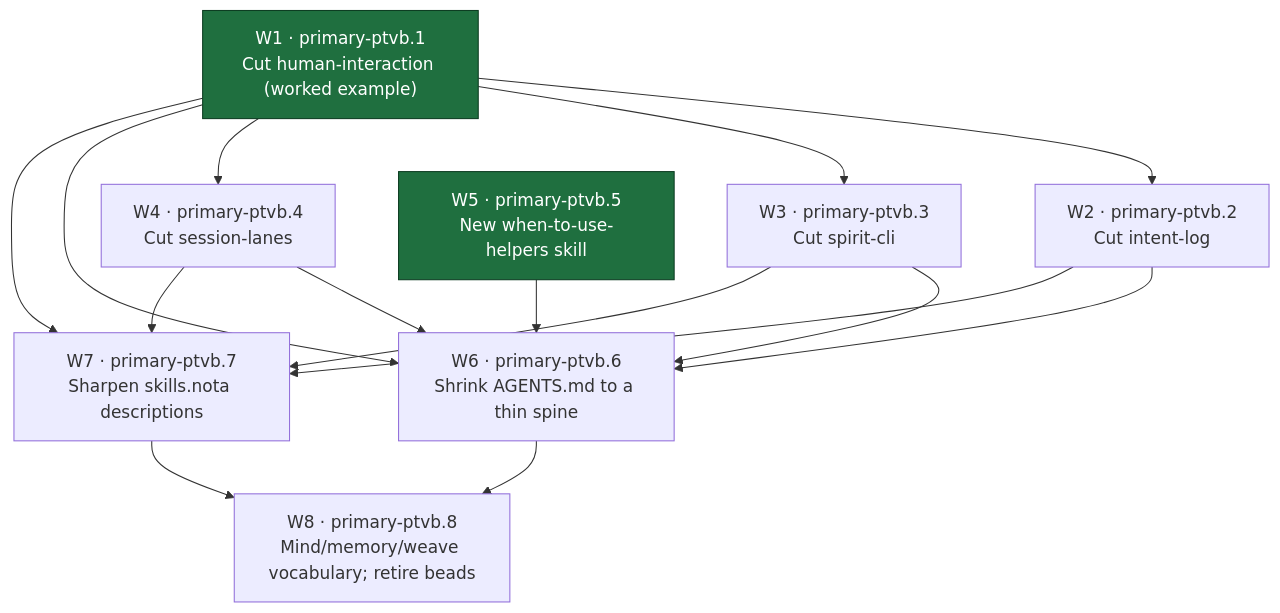
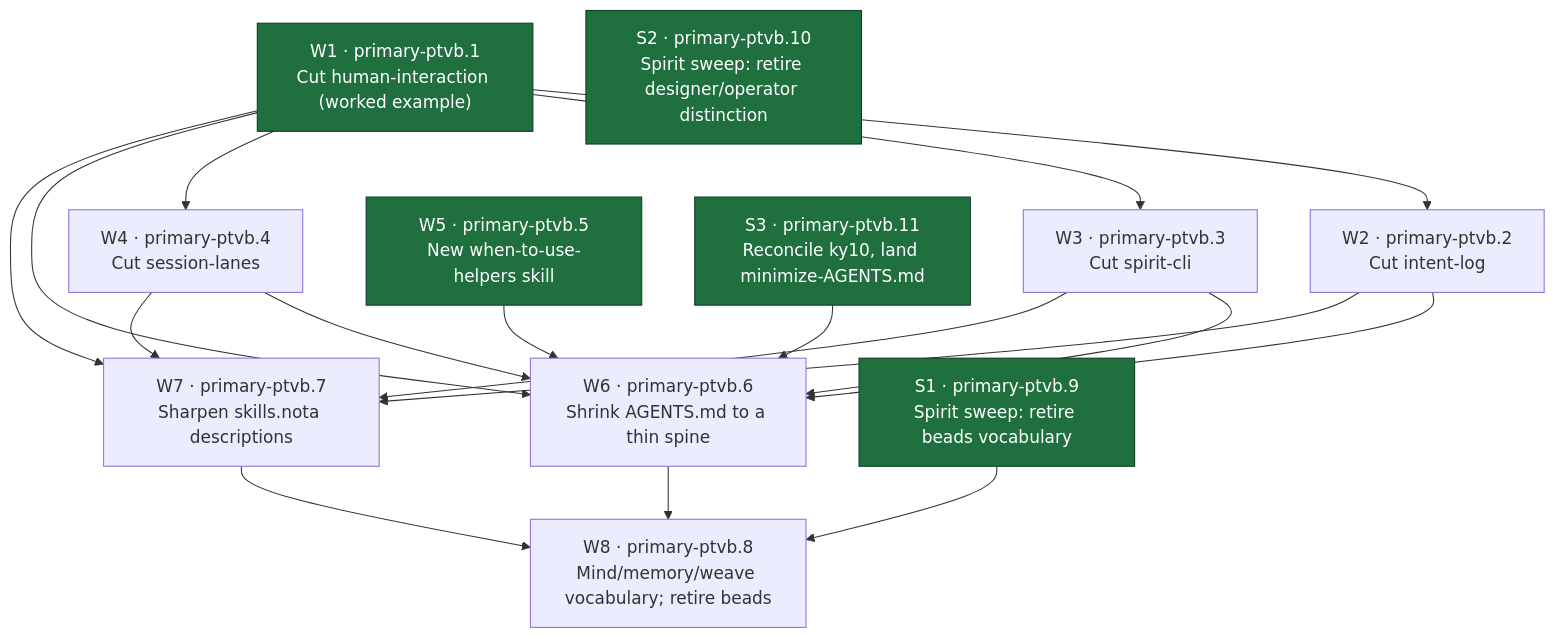
One commit to LiGoldragon/primary changed the diagram in reports/preciousMainContext/4-weave.md. Above: the diagram before and after it, drawn with Mermaid. The commit also changed other lines of this file, not shown here.

Commit message:
preciousMainContext: wire sweep memories S1/S2/S3 into the weave report

````diff
--- a/reports/preciousMainContext/4-weave.md
+++ b/reports/preciousMainContext/4-weave.md
@@ -10,32 +10,37 @@
 ```mermaid
 graph TD
     W1["W1 · primary-ptvb.1<br/>Cut human-interaction (worked example)"]
     W2["W2 · primary-ptvb.2<br/>Cut intent-log"]
     W3["W3 · primary-ptvb.3<br/>Cut spirit-cli"]
     W4["W4 · primary-ptvb.4<br/>Cut session-lanes"]
     W5["W5 · primary-ptvb.5<br/>New when-to-use-helpers skill"]
     W6["W6 · primary-ptvb.6<br/>Shrink AGENTS.md to a thin spine"]
     W7["W7 · primary-ptvb.7<br/>Sharpen skills.nota descriptions"]
     W8["W8 · primary-ptvb.8<br/>Mind/memory/weave vocabulary; retire beads"]
+    S1["S1 · primary-ptvb.9<br/>Spirit sweep: retire beads vocabulary"]
+    S2["S2 · primary-ptvb.10<br/>Spirit sweep: retire designer/operator distinction"]
+    S3["S3 · primary-ptvb.11<br/>Reconcile ky10, land minimize-AGENTS.md"]
 
     W1 --> W2
     W1 --> W3
     W1 --> W4
 
     W1 --> W6
     W2 --> W6
     W3 --> W6
     W4 --> W6
     W5 --> W6
+    S3 --> W6
 
     W1 --> W7
     W2 --> W7
     W3 --> W7
     W4 --> W7
 
     W6 --> W8
     W7 --> W8
+    S1 --> W8
 
     classDef ready fill:#1f6f3f,stroke:#0d3d22,color:#fff;
-    class W1,W5 ready;
+    class W1,W5,S1,S2,S3 ready;
 ```
````
